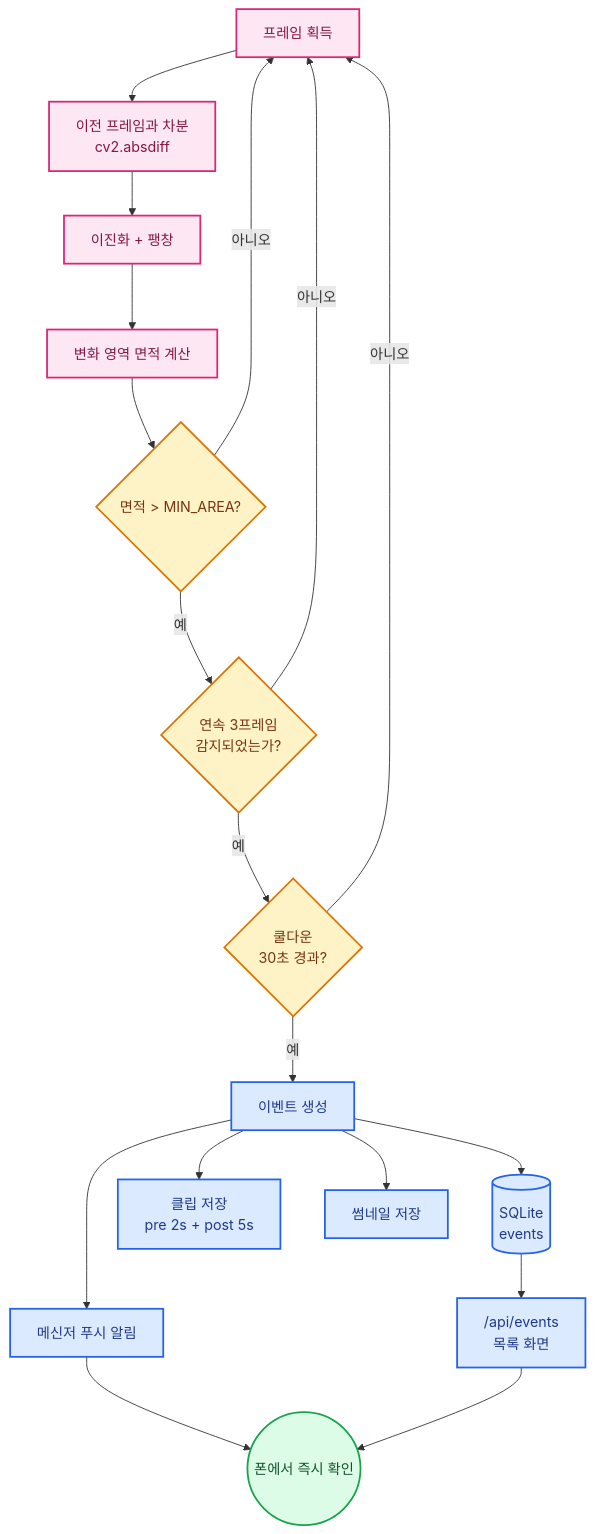
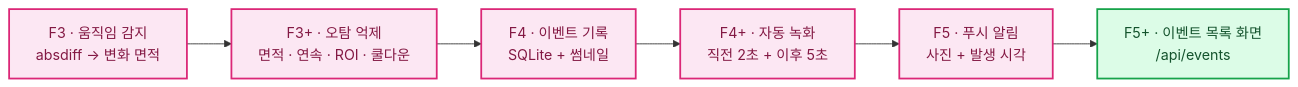
Before and after one commit to Collegenie-X/AIMakerLab_Web: diagram 17 of 27 in documents/CURRICULUM/라즈베리파이_자율주행차_감시카메라_3-6-12시간_단계별_커리큘럼.md, drawn with Mermaid. The commit also changed other lines of this file and 36 other files, not shown here.

````diff
--- a/documents/CURRICULUM/라즈베리파이_자율주행차_감시카메라_3-6-12시간_단계별_커리큘럼.md
+++ b/documents/CURRICULUM/라즈베리파이_자율주행차_감시카메라_3-6-12시간_단계별_커리큘럼.md
@@ -1109,29 +1107,13 @@
 ```mermaid
-flowchart TB
-    CAM["프레임 획득"] --> DIFF["이전 프레임과 차분<br/>cv2.absdiff"]
-    DIFF --> BIN["이진화 + 팽창"]
-    BIN --> AREA["변화 영역 면적 계산"]
-    AREA --> Q1{"면적 > MIN_AREA?"}
-    Q1 -- "아니오" --> CAM
-    Q1 -- "예" --> Q2{"연속 3프레임<br/>감지되었는가?"}
-    Q2 -- "아니오" --> CAM
-    Q2 -- "예" --> Q3{"쿨다운<br/>30초 경과?"}
-    Q3 -- "아니오" --> CAM
-    Q3 -- "예" --> EV["이벤트 생성"]
-    EV --> DB[("SQLite<br/>events")]
-    EV --> CLIP["클립 저장<br/>pre 2s + post 5s"]
-    EV --> THUMB["썸네일 저장"]
-    EV --> PUSH["메신저 푸시 알림"]
-    DB --> LIST["/api/events<br/>목록 화면"]
-    PUSH --> PHONE(("폰에서 즉시 확인"))
-    LIST --> PHONE
+flowchart LR
+    H1["F3 · 움직임 감지<br/>absdiff → 변화 면적"] --> H2["F3+ · 오탐 억제<br/>면적 · 연속 · ROI · 쿨다운"]
+    H2 --> H3["F4 · 이벤트 기록<br/>SQLite + 썸네일"]
+    H3 --> H4["F4+ · 자동 녹화<br/>직전 2초 + 이후 5초"]
+    H4 --> H5["F5 · 푸시 알림<br/>사진 + 발생 시각"]
+    H5 --> H6["F5+ · 이벤트 목록 화면<br/>/api/events"]
 
-    classDef p fill:#FCE7F3,stroke:#DB2777,stroke-width:2px,color:#831843
-    classDef q fill:#FEF3C7,stroke:#D97706,stroke-width:2px,color:#78350F
-    classDef d fill:#DBEAFE,stroke:#2563EB,stroke-width:2px,color:#1E3A8A
-    classDef o fill:#DCFCE7,stroke:#16A34A,stroke-width:2px,color:#14532D
-    class CAM,DIFF,BIN,AREA p
-    class Q1,Q2,Q3 q
-    class EV,DB,CLIP,THUMB,PUSH,LIST d
-    class PHONE o
+    classDef f fill:#FCE7F3,stroke:#DB2777,stroke-width:2px,color:#831843
+    classDef g fill:#DCFCE7,stroke:#16A34A,stroke-width:2px,color:#14532D
+    class H1,H2,H3,H4,H5 f
+    class H6 g
 ```
````
